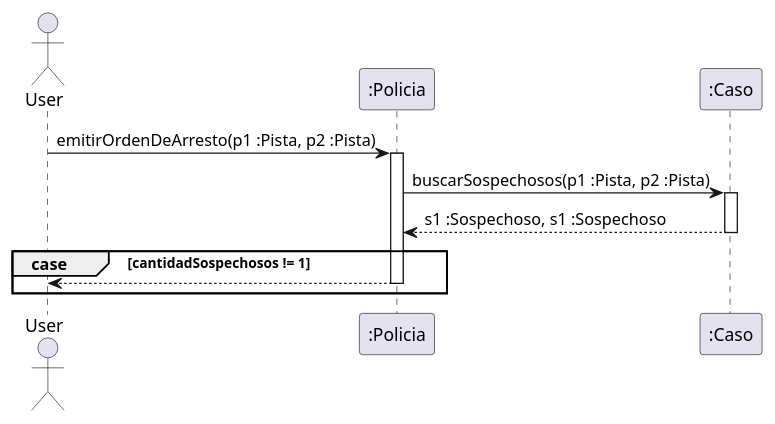
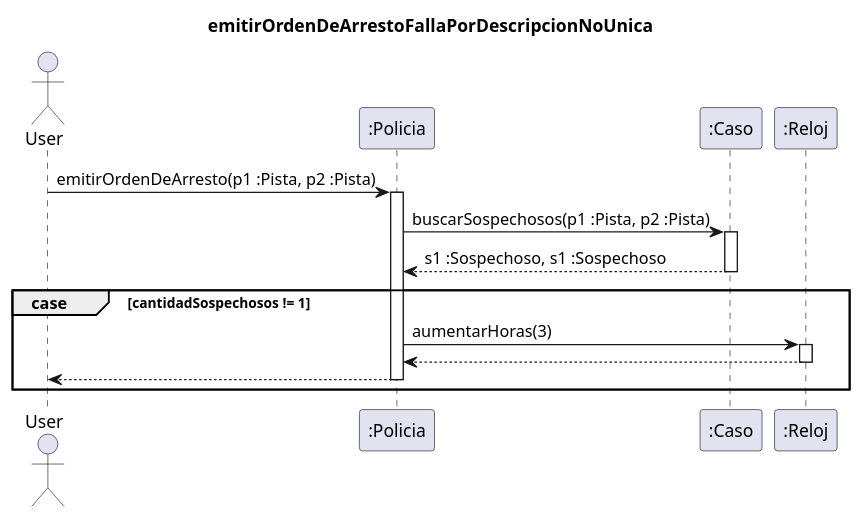
One commit to Nicolas-Bravo/algo3_tp2 changed the diagram in diagrams/sequences/emitirOrdenDeArrestoFallaPorDescripcionNoUnica.plantuml. Above: the diagram before and after it, drawn with PlantUML. The commit also changed 5 other files, not shown here.

Commit message:
diagramas orden de arresto

```diff
--- a/diagrams/sequences/emitirOrdenDeArrestoFallaPorDescripcionNoUnica.plantuml
+++ b/diagrams/sequences/emitirOrdenDeArrestoFallaPorDescripcionNoUnica.plantuml
@@ -1,21 +1,29 @@
 @startuml
+
+title emitirOrdenDeArrestoFallaPorDescripcionNoUnica
 
 Actor User
 
 User -> ":Policia" : emitirOrdenDeArresto(p1 :Pista, p2 :Pista)
 Activate ":Policia"
 
 ":Policia" -> ":Caso" : buscarSospechosos(p1 :Pista, p2 :Pista)
 activate ":Caso"
 
 ":Caso" --> ":Policia" : s1 :Sospechoso, s1 :Sospechoso
 deactivate ":Caso"
 
 group case [cantidadSospechosos != 1]
 
+    ":Policia" -> ":Reloj" : aumentarHoras(3)
+    activate ":Reloj"
+
+    ":Reloj" --> ":Policia"
+    deactivate ":Reloj"
+
     ":Policia" --> User
     deactivate ":Policia"
 
 end
 
 @enduml
```
